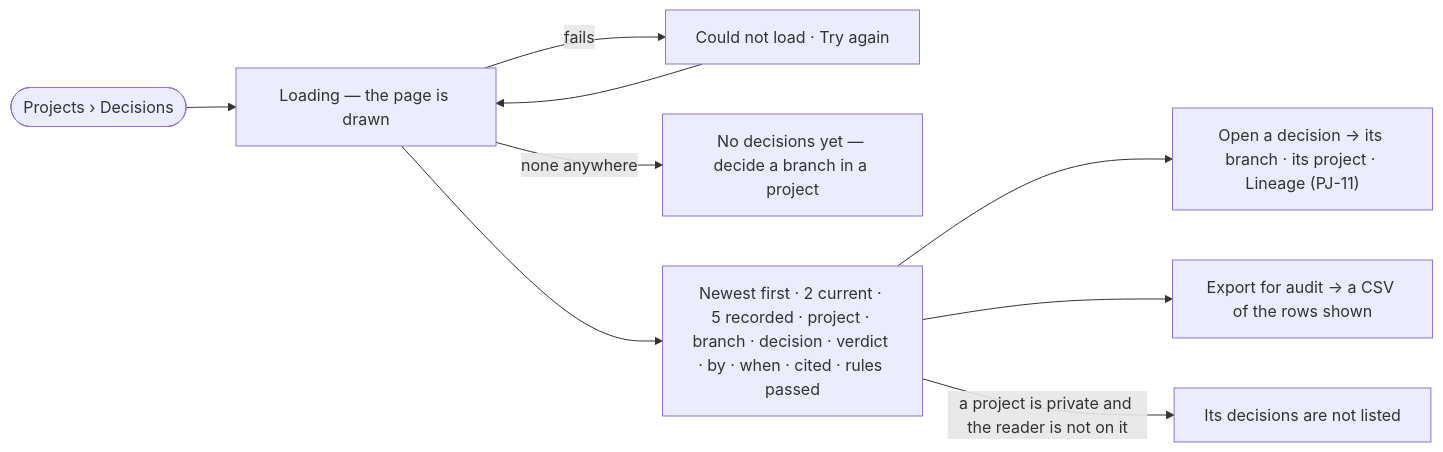
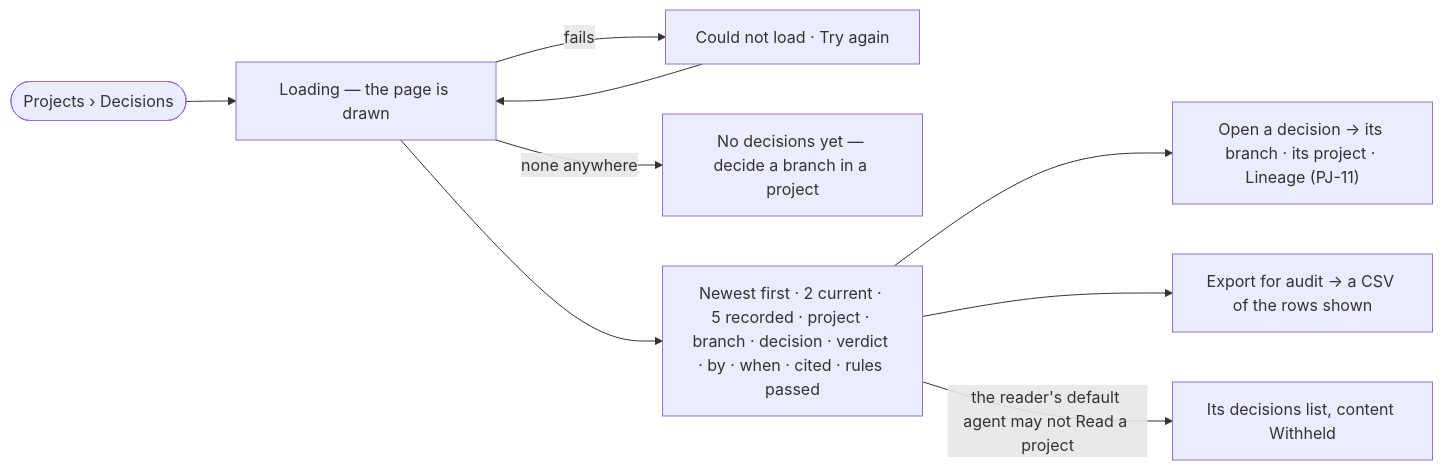
One commit to invana/invana changed the diagram in specs/capabilities/projects/features/PJ-F03-branches-findings-and-decisions/stories/PJ-13-audit-every-decision-in-one-place/story.md. Above: the diagram before and after it, drawn with Mermaid. The commit also changed other lines of this file and 300 other files, not shown here.

````diff
--- a/specs/capabilities/projects/features/PJ-F03-branches-findings-and-decisions/stories/PJ-13-audit-every-decision-in-one-place/story.md
+++ b/specs/capabilities/projects/features/PJ-F03-branches-findings-and-decisions/stories/PJ-13-audit-every-decision-in-one-place/story.md
@@ -29,10 +29,10 @@
 ```mermaid
 flowchart LR
   s([Projects › Decisions]) --> load["Loading — the page is drawn"]
   load -->|fails| f["Could not load · Try again"] --> load
   load -->|none anywhere| e["No decisions yet — decide a branch in a project"]
   load --> l["Newest first · 2 current · 5 recorded · project · branch · decision · verdict · by · when · cited · rules passed"]
   l --> o["Open a decision → its branch · its project · Lineage (PJ-11)"]
   l --> x["Export for audit → a CSV of the rows shown"]
-  l -->|a project is private and the reader is not on it| h["Its decisions are not listed"]
+  l -->|the reader's default agent may not Read a project| h["Its decisions list, content Withheld"]
 ```
````
